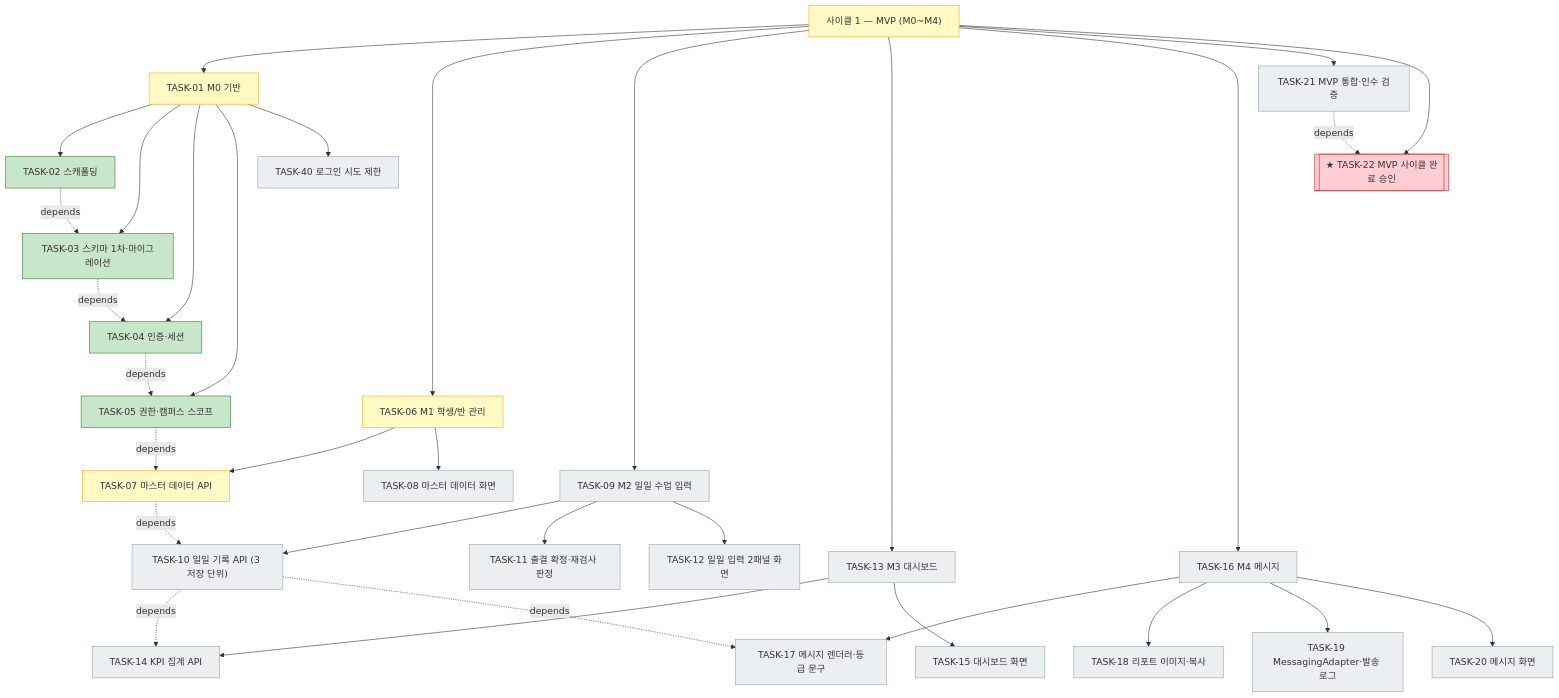
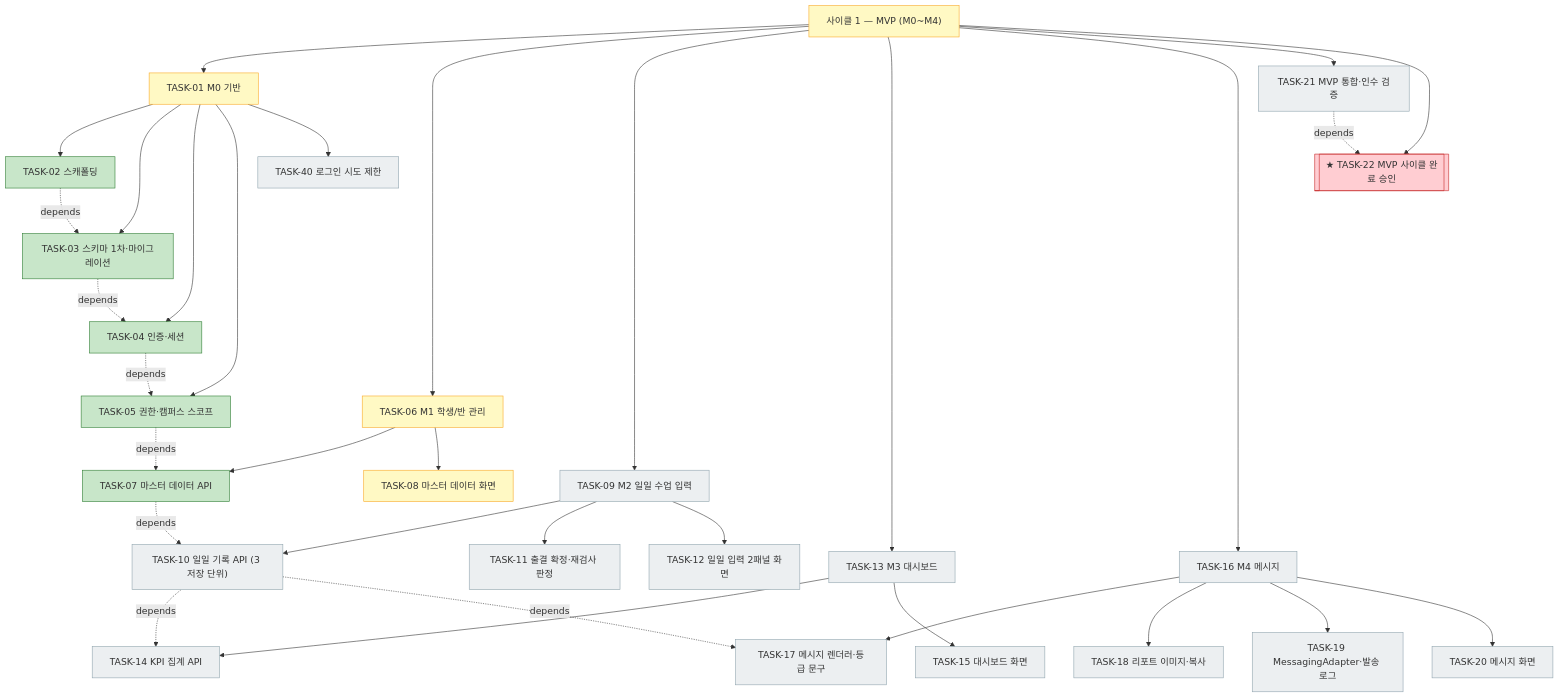
One commit to bluesky5008/mathdesk changed the first of 2 diagrams in docs/plan.md. Above: the diagram before and after it, drawn with Mermaid. The commit also changed other lines of this file and 5 other files, not shown here.

First line of the commit message:
feat(masterdata): TASK-07 학생·보호자·반·시간표·수강 등록 API

````diff
--- a/docs/plan.md
+++ b/docs/plan.md
@@ -100,39 +100,39 @@
 ```mermaid
 flowchart TD
     C1["사이클 1 — MVP (M0~M4)"]:::active
     C1 --> T01["TASK-01 M0 기반"]:::active
     T01 --> T02["TASK-02 스캐폴딩"]:::done
     T01 --> T03["TASK-03 스키마 1차·마이그레이션"]:::done
     T01 --> T04["TASK-04 인증·세션"]:::done
     T01 --> T05["TASK-05 권한·캠퍼스 스코프"]:::done
     T01 --> T40["TASK-40 로그인 시도 제한"]:::todo
     C1 --> T06["TASK-06 M1 학생/반 관리"]:::active
-    T06 --> T07["TASK-07 마스터 데이터 API"]:::active
-    T06 --> T08["TASK-08 마스터 데이터 화면"]:::todo
+    T06 --> T07["TASK-07 마스터 데이터 API"]:::done
+    T06 --> T08["TASK-08 마스터 데이터 화면"]:::active
     C1 --> T09["TASK-09 M2 일일 수업 입력"]:::todo
     T09 --> T10["TASK-10 일일 기록 API (3 저장 단위)"]:::todo
     T09 --> T11["TASK-11 출결 확정·재검사 판정"]:::todo
     T09 --> T12["TASK-12 일일 입력 2패널 화면"]:::todo
     C1 --> T13["TASK-13 M3 대시보드"]:::todo
     T13 --> T14["TASK-14 KPI 집계 API"]:::todo
     T13 --> T15["TASK-15 대시보드 화면"]:::todo
     C1 --> T16["TASK-16 M4 메시지"]:::todo
     T16 --> T17["TASK-17 메시지 렌더러·등급 문구"]:::todo
     T16 --> T18["TASK-18 리포트 이미지·복사"]:::todo
     T16 --> T19["TASK-19 MessagingAdapter·발송 로그"]:::todo
     T16 --> T20["TASK-20 메시지 화면"]:::todo
     C1 --> T21["TASK-21 MVP 통합·인수 검증"]:::todo
     C1 --> T22[["★ TASK-22 MVP 사이클 완료 승인"]]:::gate
     T02 -. depends .-> T03
     T03 -. depends .-> T04
     T04 -. depends .-> T05
     T05 -. depends .-> T07
     T07 -. depends .-> T10
     T10 -. depends .-> T14
     T10 -. depends .-> T17
     T21 -. depends .-> T22
     classDef done fill:#c8e6c9,stroke:#2e7d32
     classDef active fill:#fff9c4,stroke:#f9a825
     classDef todo fill:#eceff1,stroke:#90a4ae
     classDef gate fill:#ffcdd2,stroke:#c62828
 ```
````
